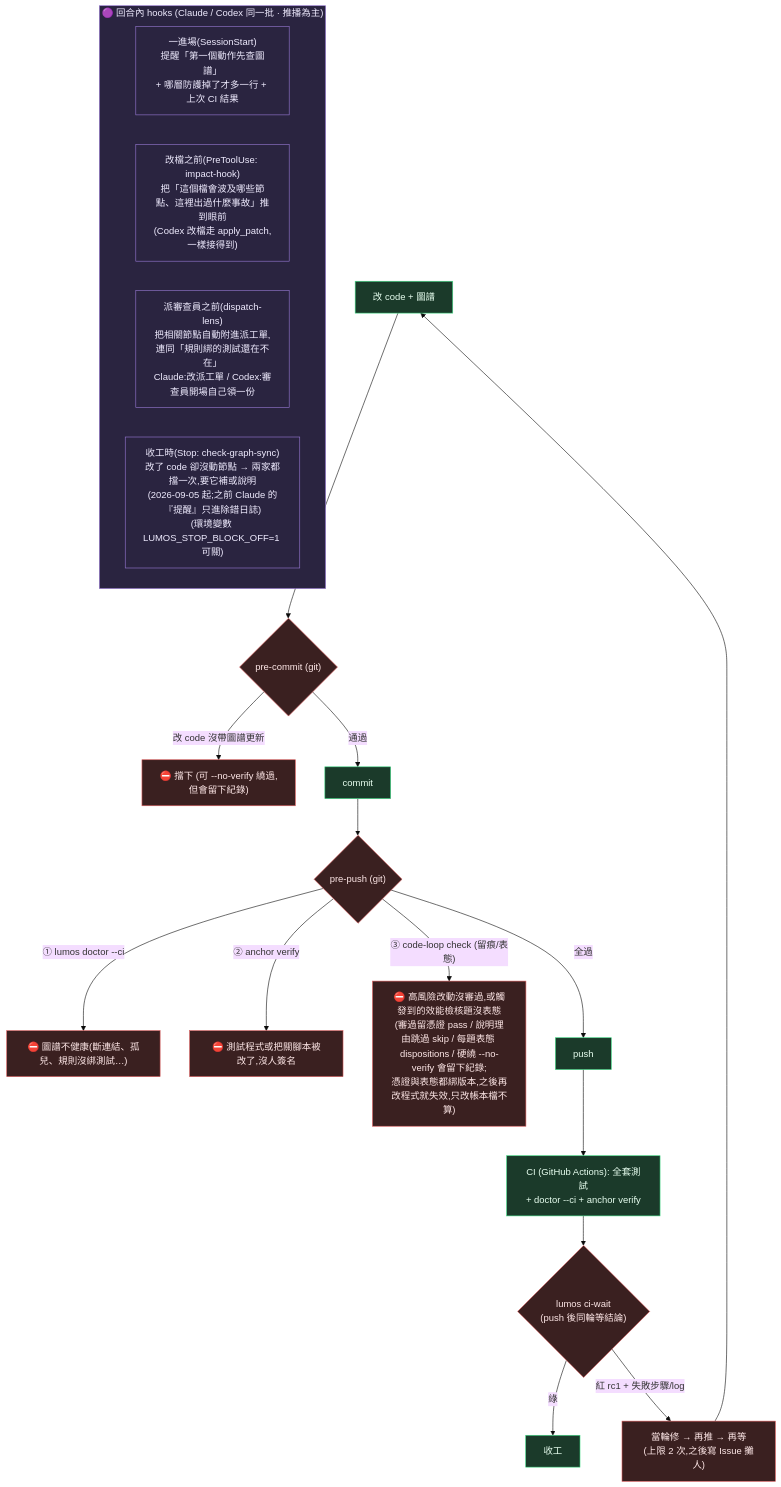
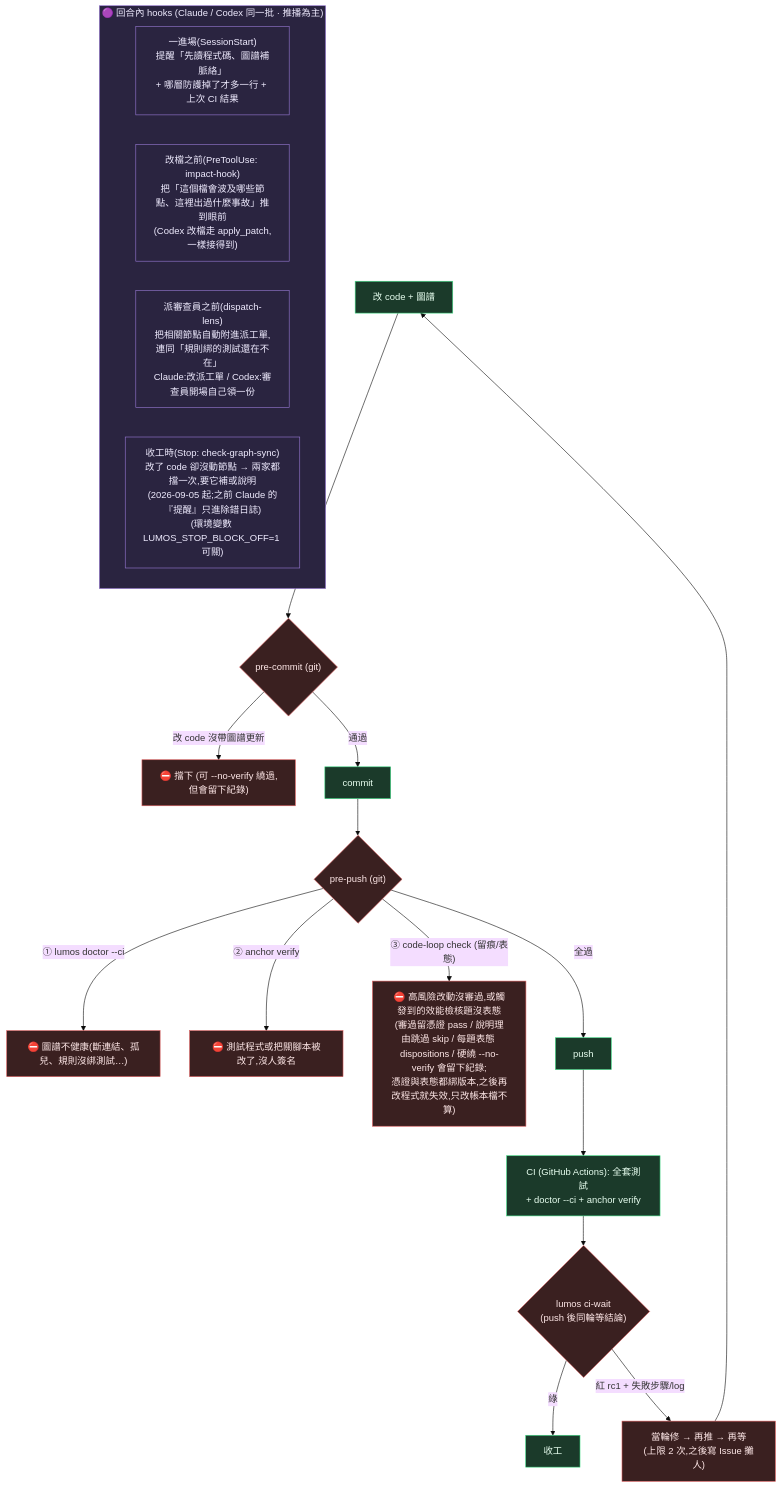
The fourth of 5 diagrams in ARCHITECTURE.md (EnzoHsieh-Android/Lumos), drawn with Mermaid (base theme) before and after one commit. The commit also changed other lines of this file and 29 other files, not shown here.

First line of the commit message:
docs: 知識圖譜定位改成程式碼為主、筆記只記程式碼看不出的脈絡

````diff
--- a/ARCHITECTURE.md
+++ b/ARCHITECTURE.md
@@ -160,32 +160,32 @@
 ```mermaid
 flowchart TB
     subgraph BEFORE["🟣 回合內 hooks (Claude / Codex 同一批 · 推播為主)"]
-        ENTRY["一進場(SessionStart)<br/>提醒「第一個動作先查圖譜」<br/>+ 哪層防護掉了才多一行 + 上次 CI 結果"]
+        ENTRY["一進場(SessionStart)<br/>提醒「先讀程式碼、圖譜補脈絡」<br/>+ 哪層防護掉了才多一行 + 上次 CI 結果"]
         PRE["改檔之前(PreToolUse: impact-hook)<br/>把「這個檔會波及哪些節點、這裡出過什麼事故」推到眼前<br/>(Codex 改檔走 apply_patch,一樣接得到)"]
         LENS["派審查員之前(dispatch-lens)<br/>把相關節點自動附進派工單,連同「規則綁的測試還在不在」<br/>Claude:改派工單 / Codex:審查員開場自己領一份"]
         STOPH["收工時(Stop: check-graph-sync)<br/>改了 code 卻沒動節點 → 兩家都擋一次,要它補或說明<br/>(2026-09-05 起;之前 Claude 的『提醒』只進除錯日誌)<br/>(環境變數 LUMOS_STOP_BLOCK_OFF=1 可關)"]
     end
 
     EDIT["改 code + 圖譜"] --> PC{"pre-commit (git)"}
     PC -->|"改 code 沒帶圖譜更新"| BLOCK["⛔ 擋下 (可 --no-verify 繞過,但會留下紀錄)"]
     PC -->|通過| COMMIT["commit"]
 
     COMMIT --> PUSH{"pre-push (git)"}
     PUSH -->|"① lumos doctor --ci"| PB1["⛔ 圖譜不健康(斷連結、孤兒、規則沒綁測試…)"]
     PUSH -->|"② anchor verify"| PB2["⛔ 測試程式或把關腳本被改了,沒人簽名"]
     PUSH -->|"③ code-loop check (留痕/表態)"| PB3["⛔ 高風險改動沒審過,或觸發到的效能檢核題沒表態<br/>(審過留憑證 pass / 說明理由跳過 skip / 每題表態 dispositions / 硬繞 --no-verify 會留下紀錄;<br/>憑證與表態都綁版本,之後再改程式就失效,只改帳本檔不算)"]
     PUSH -->|全過| PASS["push"]
     PASS --> CI["CI (GitHub Actions): 全套測試<br/>+ doctor --ci + anchor verify"]
     CI --> WAIT{"lumos ci-wait<br/>(push 後同輪等結論)"}
     WAIT -->|綠| DONE["收工"]
     WAIT -->|"紅 rc1 + 失敗步驟/log"| FIX["當輪修 → 再推 → 再等<br/>(上限 2 次,之後寫 Issue 攤人)"]
     FIX --> EDIT
 
     classDef gate fill:#3a2020,stroke:#dc5b5b,color:#ffe8e8
     classDef ok fill:#1b3a2a,stroke:#3ddc84,color:#e8fff0
     classDef push fill:#2a2440,stroke:#9a7bd6,color:#f0ecff
     class PC,PUSH,BLOCK,PB1,PB2,PB3 gate
     class COMMIT,PASS,CI,EDIT,DONE ok
     class WAIT,FIX gate
     class BEFORE,ENTRY,PRE,LENS,STOPH push
 ```
````
